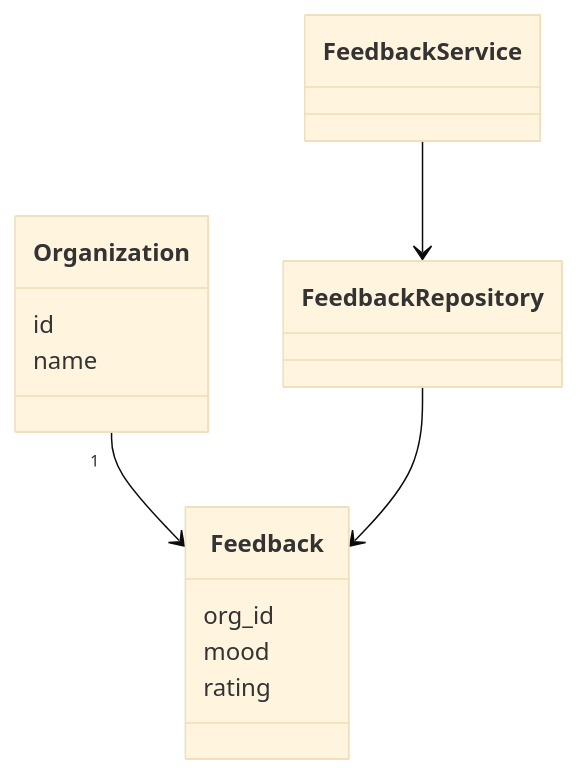
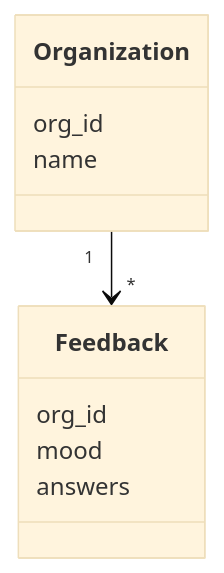
The second of 4 diagrams in feedback_app/dokumentaatio/arkkitehtuuri.md (PieniiSienii/ot-harjoitustyo), drawn with Mermaid (base theme) before and after one commit. The commit also changed other lines of this file, not shown here.

Commit message:
Add initial architecture description

````diff
--- a/feedback_app/dokumentaatio/arkkitehtuuri.md
+++ b/feedback_app/dokumentaatio/arkkitehtuuri.md
@@ -3,19 +59,15 @@
-``` mermaid
-classDiagram
-    class Organization {
-        id
-        name
-    }
-    class Feedback {
-        org_id
-        mood
-        rating
-}
+```mermaid
+    classDiagram
+        class Organization {
+            org_id
+            name
+        }
 
-class FeedbackRepository
-class FeedbackService
+        class Feedback {
+            org_id
+            mood
+            answers
+        }
 
-Organization "1" --> Feedback
-FeedbackService --> FeedbackRepository
-FeedbackRepository --> Feedback
+        Organization "1" --> "*" Feedback
 ```
````
